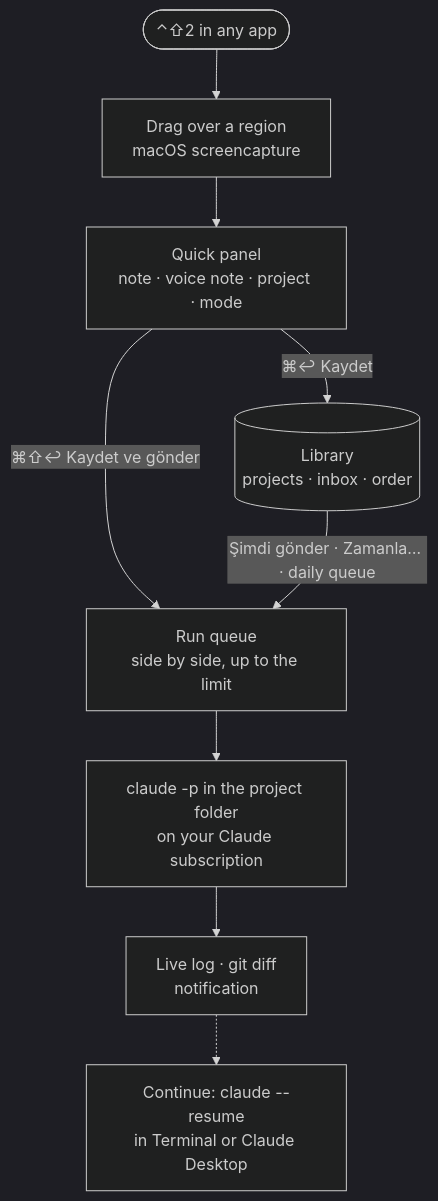
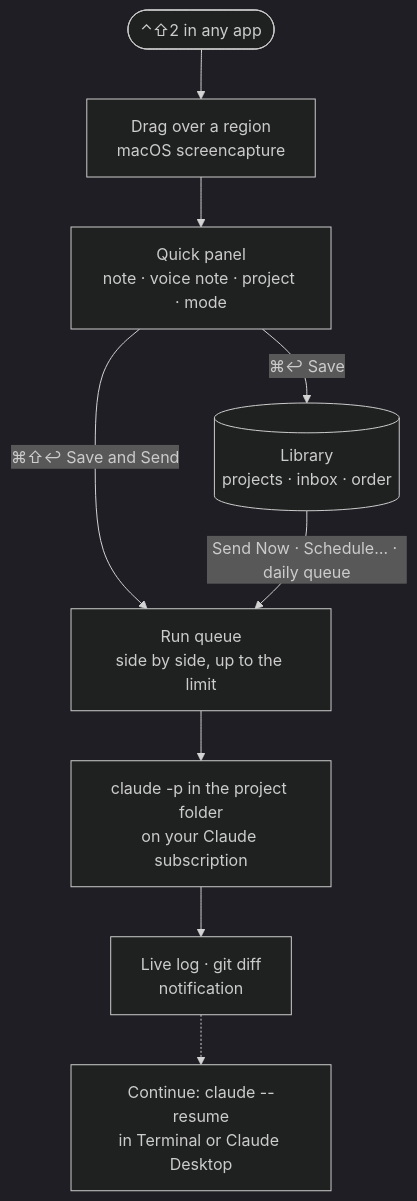
Before and after one commit to egekibar/Shotcue: the first of 2 diagrams in README.md, drawn with Mermaid (dark theme). The commit also changed other lines of this file and 7 other files, not shown here.

````diff
--- a/README.md
+++ b/README.md
@@ -98,11 +98,11 @@
 ```mermaid
 flowchart TB
     A(["⌃⇧2 in any app"]) --> B["Drag over a region<br/>macOS screencapture"]
     B --> C["Quick panel<br/>note · voice note · project · mode"]
-    C -- "⌘↩ Kaydet" --> D[("Library<br/>projects · inbox · order")]
-    C -- "⌘⇧↩ Kaydet ve gönder" --> E
-    D -- "Şimdi gönder · Zamanla… · daily queue" --> E["Run queue<br/>side by side, up to the limit"]
+    C -- "⌘↩ Save" --> D[("Library<br/>projects · inbox · order")]
+    C -- "⌘⇧↩ Save and Send" --> E
+    D -- "Send Now · Schedule… · daily queue" --> E["Run queue<br/>side by side, up to the limit"]
     E --> F["claude -p in the project folder<br/>on your Claude subscription"]
     F --> G["Live log · git diff<br/>notification"]
     G -.-> H["Continue: claude --resume<br/>in Terminal or Claude Desktop"]
 ```
````
